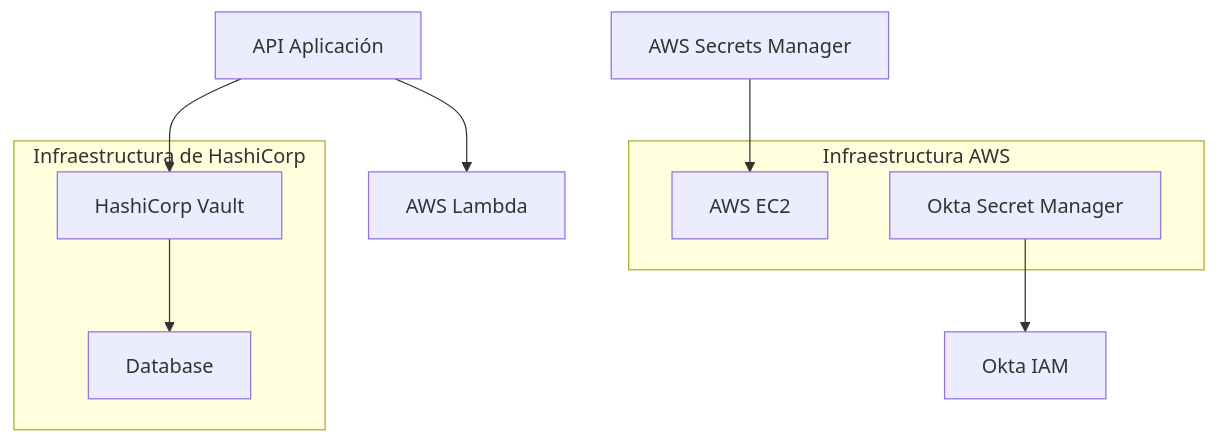
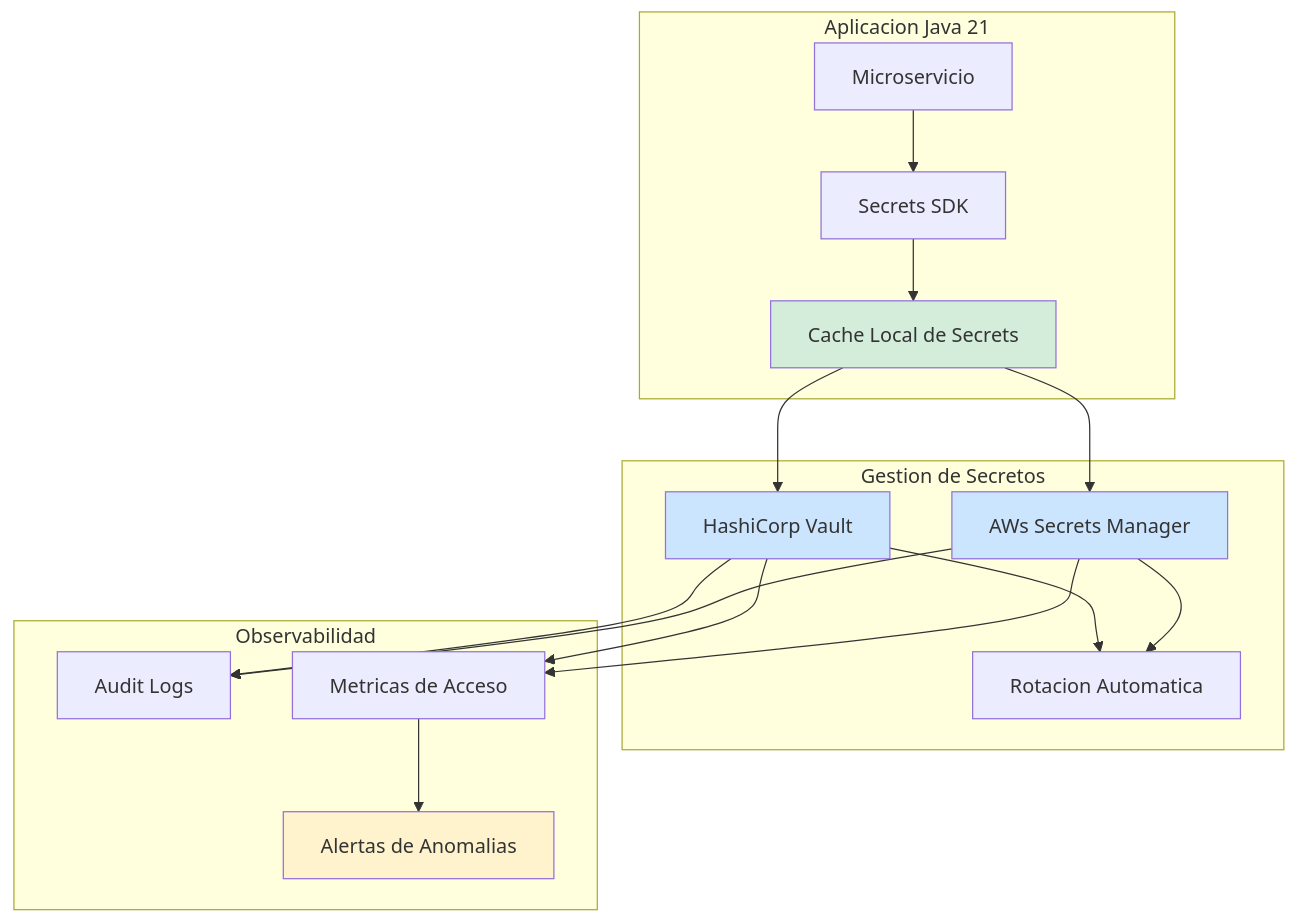
Before and after one commit to Joaquinriosheredia/DAM-Java-Mastery: the first of 3 diagrams in _Review/gestion_de_secretos_con_vault_y_aws_secrets_manager/gestion_de_secretos_con_vault_y_aws_secrets_manager.md, drawn with Mermaid. The commit also changed other lines of this file, not shown here.

Commit message:
gestion_de_secretos_con_vault_y_aws_secrets_manager.md

````diff
--- a/_Review/gestion_de_secretos_con_vault_y_aws_secrets_manager/gestion_de_secretos_con_vault_y_aws_secrets_manager.md
+++ b/_Review/gestion_de_secretos_con_vault_y_aws_secrets_manager/gestion_de_secretos_con_vault_y_aws_secrets_manager.md
@@ -37,19 +75,37 @@
 ```mermaid
 graph TD
-    A[API Aplicación] --> B[HashiCorp Vault]
-    B --> C[Database]
-    D[AWS Secrets Manager] --> E[AWS EC2]
-    F[Okta Secret Manager] --> G[Okta IAM]
-
-    subgraph "Infraestructura de HashiCorp"
-        B
-        C
+    subgraph "Aplicacion Java 21"
+        APP[Microservicio]
+        SDK[Secrets SDK]
+        CACHE[Cache Local de Secrets]
     end
-
-    subgraph "Infraestructura AWS"
-        E
-        F
+    
+    subgraph "Gestion de Secretos"
+        VAULT[HashiCorp Vault]
+        AWS[AWs Secrets Manager]
+        ROT[Rotacion Automatica]
     end
-
-    A --> H[AWS Lambda]
+    
+    subgraph "Observabilidad"
+        AUDIT[Audit Logs]
+        MET[Metricas de Acceso]
+        ALERT[Alertas de Anomalias]
+    end
+    
+    APP --> SDK
+    SDK --> CACHE
+    CACHE --> VAULT
+    CACHE --> AWS
+    VAULT --> ROT
+    AWS --> ROT
+    VAULT --> AUDIT
+    AWS --> AUDIT
+    VAULT --> MET
+    AWS --> MET
+    MET --> ALERT
+    
+    style CACHE fill:#d4edda
+    style VAULT fill:#cce5ff
+    style AWS fill:#cce5ff
+    style ALERT fill:#fff3cd
 ```
````
